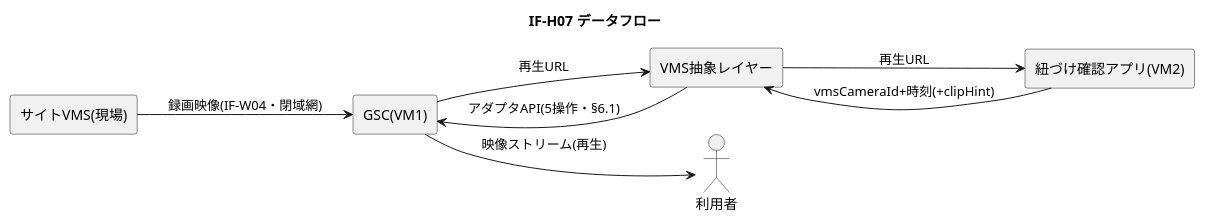
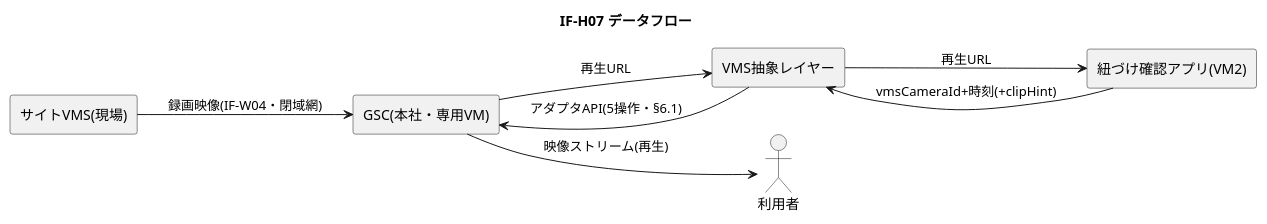
Before and after one commit to maki4580/senpf: diagram 26 of 52 in data-integration-spec_new.md, drawn with PlantUML. The commit also changed other lines of this file and 2 other files, not shown here.

````diff
--- a/data-integration-spec_new.md
+++ b/data-integration-spec_new.md
@@ -852,17 +859,17 @@
 ```plantuml
 @startuml
 title IF-H07 データフロー
 left to right direction
 actor 利用者 as U
 rectangle "紐づけ確認アプリ(VM2)" as APP
 rectangle "VMS抽象レイヤー" as ABS
-rectangle "GSC(VM1)" as GSC
+rectangle "GSC(本社・専用VM)" as GSC
 rectangle "サイトVMS(現場)" as VMS
 APP --> ABS : vmsCameraId+時刻(+clipHint)
 ABS --> GSC : アダプタAPI(5操作・§6.1)
 GSC --> ABS : 再生URL
 ABS --> APP : 再生URL
 VMS --> GSC : 録画映像(IF-W04・閉域網)
 GSC --> U : 映像ストリーム(再生)
 @enduml
 ```
````
